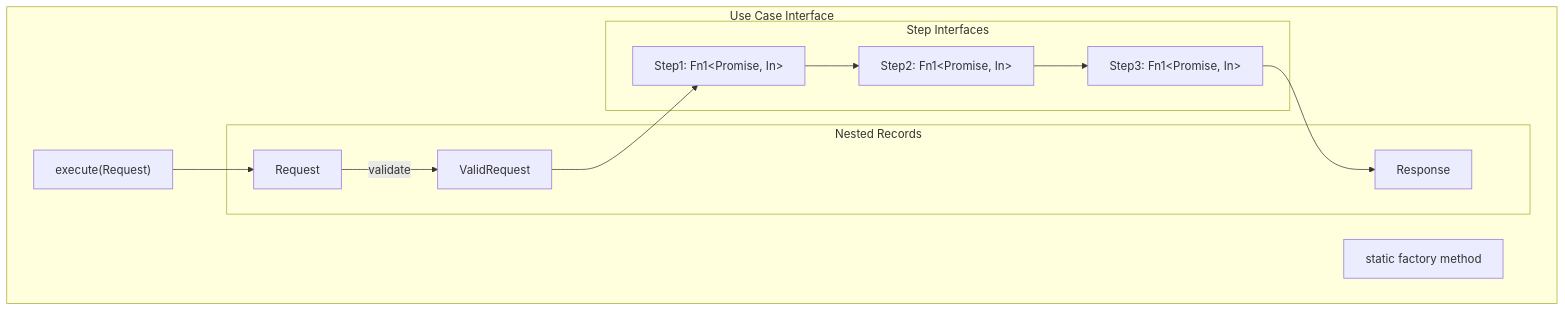
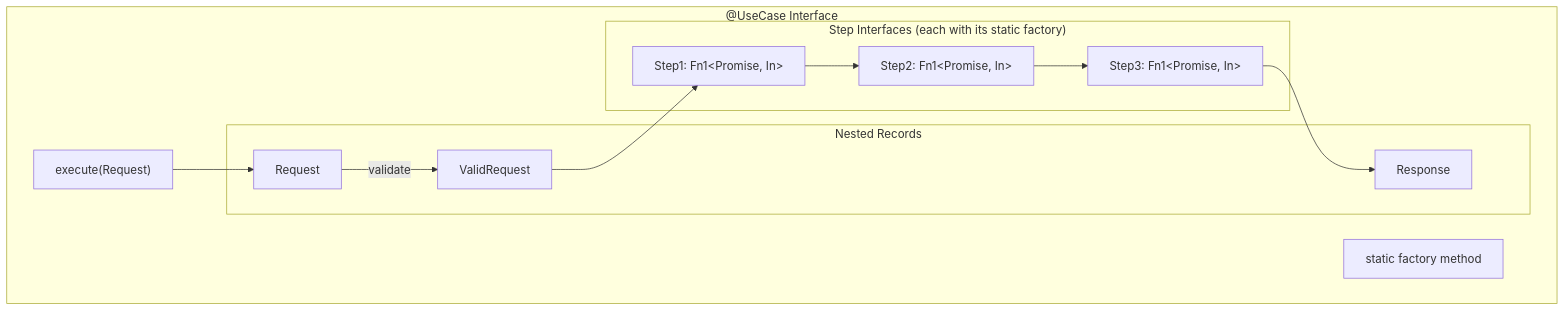
Before and after one commit to siy/coding-technology: diagram 11 of 18 in book/diagrams.md, drawn with Mermaid. The commit also changed other lines of this file and 76 other files, not shown here.

Commit message:
docs(jbct): package model - telescope tree with shared/io roles, steps move unchanged, @UseCase, business names only, jbct.mode (pragmatica #2523)

````diff
--- a/book/diagrams.md
+++ b/book/diagrams.md
@@ -266,27 +269,27 @@
 ```mermaid
 flowchart TB
-    subgraph UseCase["Use Case Interface"]
+    subgraph UseCase["@UseCase Interface"]
         Execute["execute(Request)"]
 
         subgraph Records["Nested Records"]
             Request[Request]
             ValidRequest[ValidRequest]
             Response[Response]
         end
 
-        subgraph Steps["Step Interfaces"]
+        subgraph Steps["Step Interfaces (each with its static factory)"]
             Step1["Step1: Fn1&lt;Promise, In&gt;"]
             Step2["Step2: Fn1&lt;Promise, In&gt;"]
             Step3["Step3: Fn1&lt;Promise, In&gt;"]
         end
 
         Factory["static factory method"]
     end
 
     Execute --> Request
     Request -->|"validate"| ValidRequest
     ValidRequest --> Step1
     Step1 --> Step2
     Step2 --> Step3
     Step3 --> Response
 ```
````
